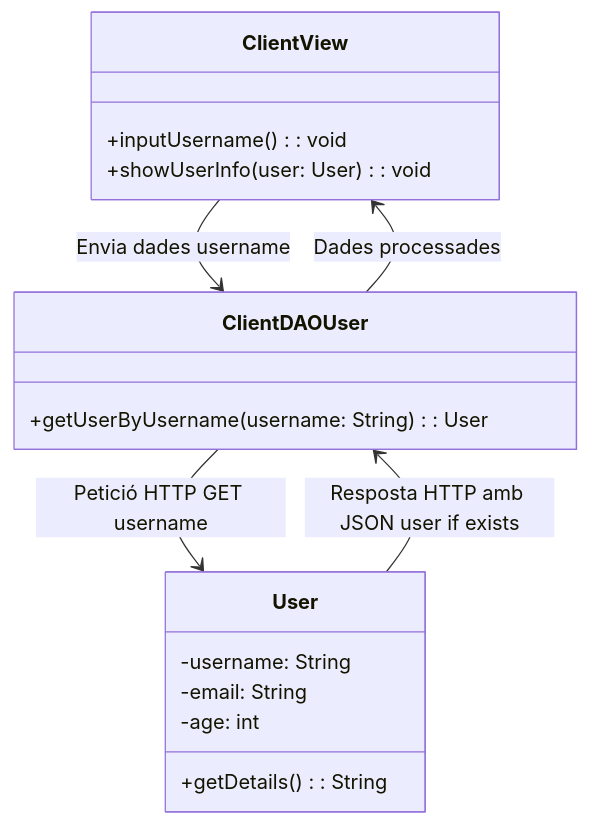
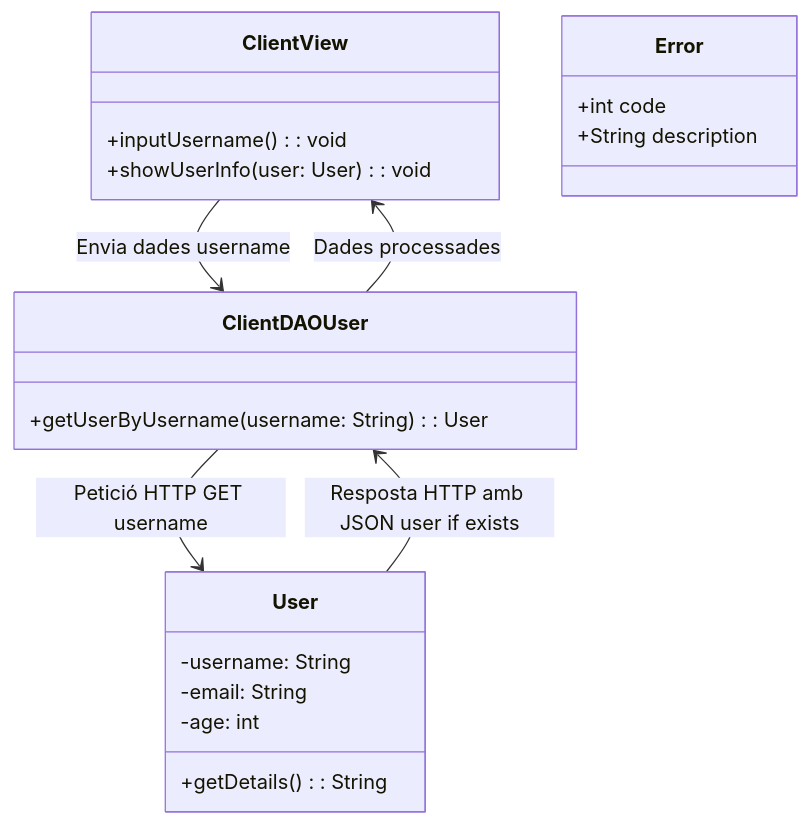
One commit to anpatricia-18/tapatApp changed the diagram in charts/diagrama_de_classes_client.mermaid. Above: the diagram before and after it, drawn with Mermaid.

```diff
--- a/charts/diagrama_de_classes_client.mermaid
+++ b/charts/diagrama_de_classes_client.mermaid
@@ -1,22 +1,28 @@
 classDiagram
 
 class ClientView {
     +inputUsername(): void
     +showUserInfo(user: User): void
 }
 
 class ClientDAOUser {
     +getUserByUsername(username: String): User
 }
 
 class User {
     -username: String
     -email: String
     -age: int
     +getDetails(): String
 }
 
+class Error {
+    +int code 
+    +String description
+
+}
+
 ClientView --> ClientDAOUser : Envia dades username
 ClientDAOUser --> User : Petició HTTP GET username
 User --> ClientDAOUser : Resposta HTTP amb JSON user if exists
 ClientDAOUser --> ClientView : Dades processades
```
